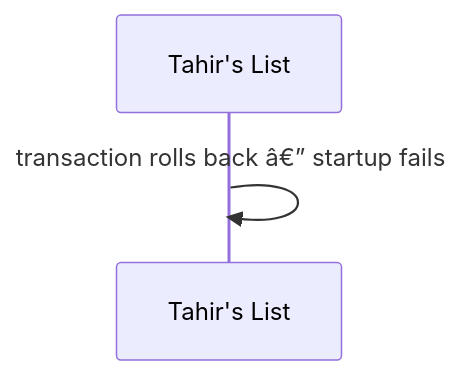
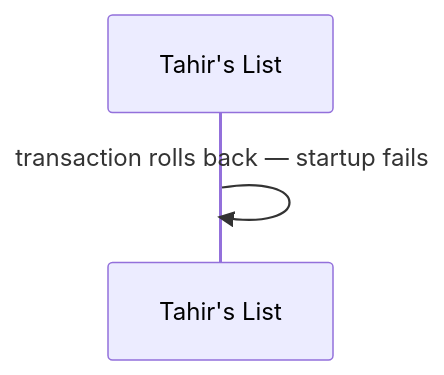
Before and after one commit to Losers-Lab/tahirs-list: the fifth of 7 diagrams in docs/features/SC-211/04-blackbox/UC-03-load-reviewed-batch.md, drawn with Mermaid. The commit also changed other lines of this file and 12 other files, not shown here.

````diff
--- a/docs/features/SC-211/04-blackbox/UC-03-load-reviewed-batch.md
+++ b/docs/features/SC-211/04-blackbox/UC-03-load-reviewed-batch.md
@@ -46,5 +46,5 @@
 ```mermaid
 sequenceDiagram
   participant TL as Tahir's List
-  TL->>TL: transaction rolls back â€” startup fails
+  TL->>TL: transaction rolls back — startup fails
 ```
````
